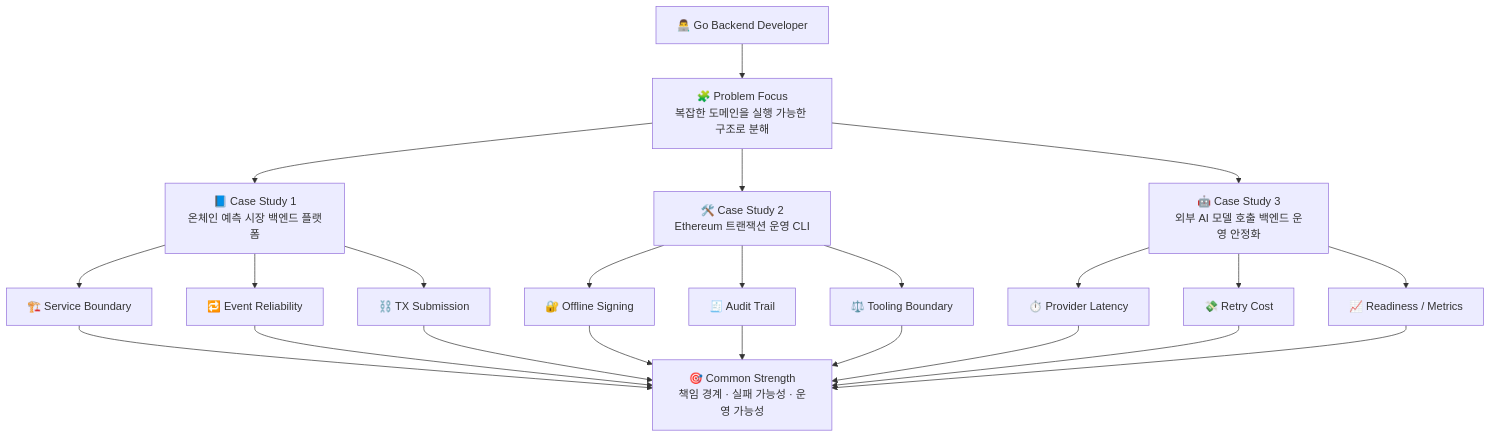
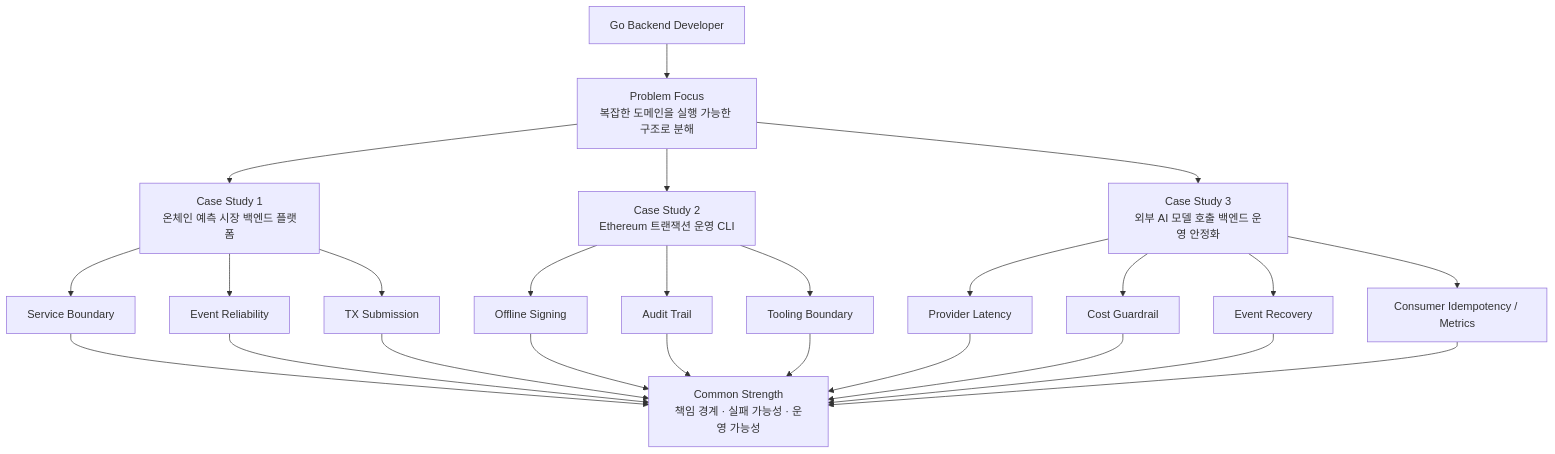
Before and after one commit to bang9ming9/bang9ming9: the first of 6 diagrams in README.md, drawn with Mermaid. The commit also changed other lines of this file and 1 other file, not shown here.

First line of the commit message:
[codex] Update AI backend reliability docs (#3)

````diff
--- a/README.md
+++ b/README.md
@@ -27,29 +20,32 @@
 ```mermaid
 flowchart TD
-    A[👨‍💻 Go Backend Developer] --> B[🧩 Problem Focus<br/>복잡한 도메인을 실행 가능한 구조로 분해]
-    B --> C[📘 Case Study 1<br/>온체인 예측 시장 백엔드 플랫폼]
-    B --> D[🛠️ Case Study 2<br/>Ethereum 트랜잭션 운영 CLI]
-    B --> E[🤖 Case Study 3<br/>외부 AI 모델 호출 백엔드 운영 안정화]
+    A[Go Backend Developer] --> B[Problem Focus<br/>복잡한 도메인을 실행 가능한 구조로 분해]
 
-    C --> C1[🏗️ Service Boundary]
-    C --> C2[🔁 Event Reliability]
-    C --> C3[⛓️ TX Submission]
+    B --> C[Case Study 1<br/>온체인 예측 시장 백엔드 플랫폼]
+    B --> D[Case Study 2<br/>Ethereum 트랜잭션 운영 CLI]
+    B --> E[Case Study 3<br/>외부 AI 모델 호출 백엔드 운영 안정화]
 
-    D --> D1[🔐 Offline Signing]
-    D --> D2[🧾 Audit Trail]
-    D --> D3[⚖️ Tooling Boundary]
+    C --> C1[Service Boundary]
+    C --> C2[Event Reliability]
+    C --> C3[TX Submission]
 
-    E --> E1[⏱️ Provider Latency]
-    E --> E2[💸 Retry Cost]
-    E --> E3[📈 Readiness / Metrics]
+    D --> D1[Offline Signing]
+    D --> D2[Audit Trail]
+    D --> D3[Tooling Boundary]
 
-    C1 --> F[🎯 Common Strength<br/>책임 경계 · 실패 가능성 · 운영 가능성]
+    E --> E1[Provider Latency]
+    E --> E2[Cost Guardrail]
+    E --> E3[Event Recovery]
+    E --> E4[Consumer Idempotency / Metrics]
+
+    C1 --> F[Common Strength<br/>책임 경계 · 실패 가능성 · 운영 가능성]
     C2 --> F
     C3 --> F
     D1 --> F
     D2 --> F
     D3 --> F
     E1 --> F
     E2 --> F
     E3 --> F
+    E4 --> F
 ```
````
